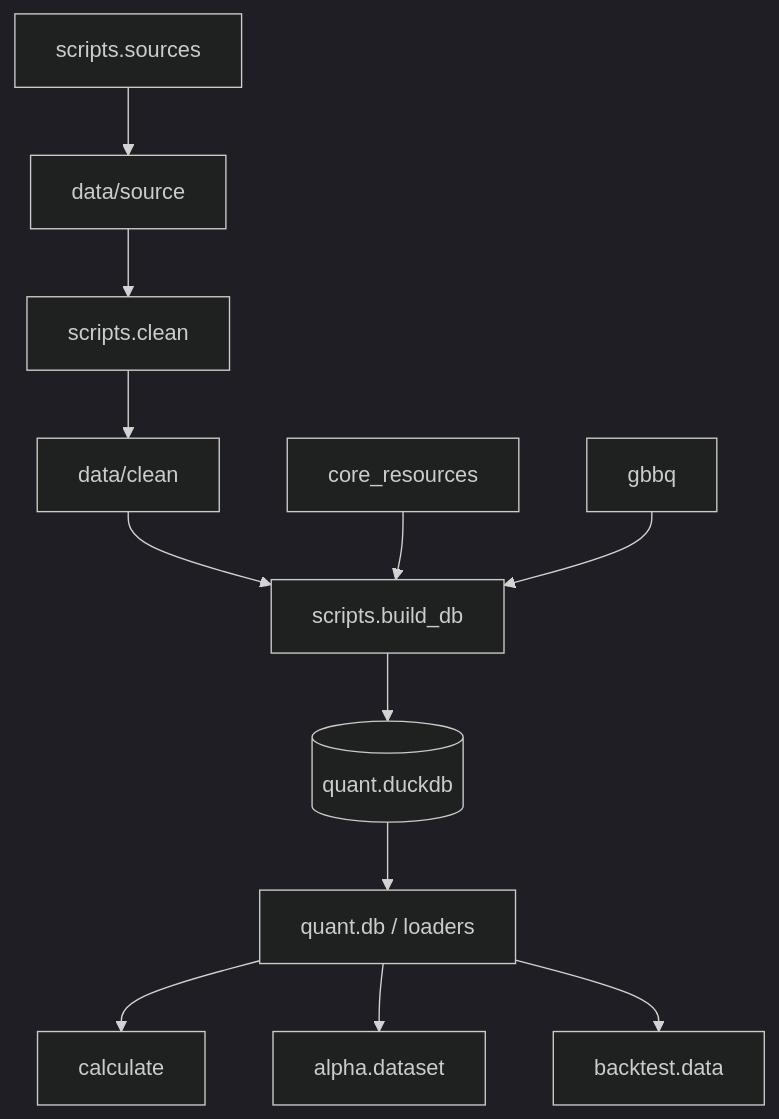
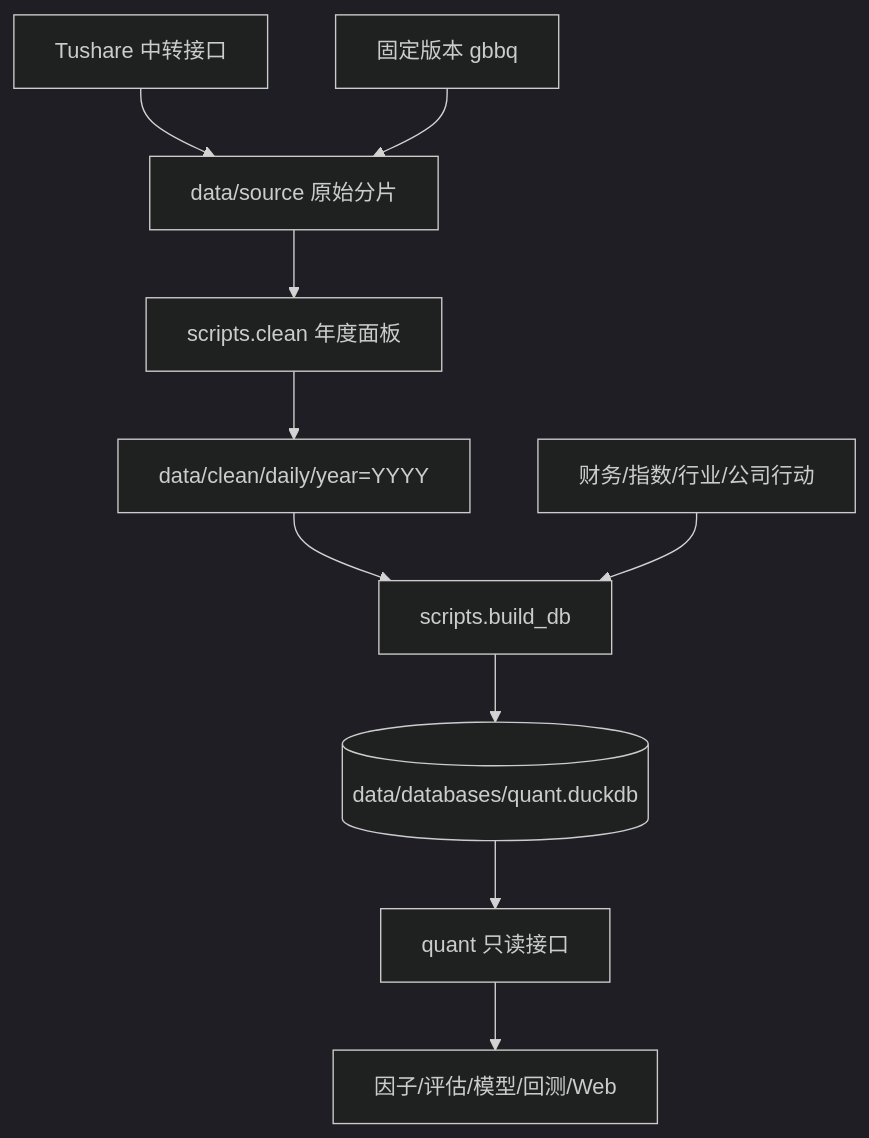
Before and after one commit to rowerman/quant-all: the diagram in docs/project-guide/01-foundation-and-data.md, drawn with Mermaid (dark theme). The commit also changed other lines of this file and 10 other files, not shown here.

````diff
--- a/docs/project-guide/01-foundation-and-data.md
+++ b/docs/project-guide/01-foundation-and-data.md
@@ -212,14 +51,12 @@
 ```mermaid
 flowchart TD
-  FETCH[scripts.sources] --> RAW[data/source]
-  RAW --> CLEAN[scripts.clean]
-  CLEAN --> CLEANPQ[data/clean]
-  CLEANPQ --> BUILD[scripts.build_db]
-  CORE[core_resources] --> BUILD
-  GBBQ[gbbq] --> BUILD
-  BUILD --> DB[(quant.duckdb)]
-  DB --> QUANT[quant.db / loaders]
-  QUANT --> EVAL[calculate]
-  QUANT --> ALPHA[alpha.dataset]
-  QUANT --> BT[backtest.data]
+  API[Tushare 中转接口] --> SRC[data/source 原始分片]
+  GBBQ[固定版本 gbbq] --> SRC
+  SRC --> CLEAN[scripts.clean 年度面板]
+  CLEAN --> PQ[data/clean/daily/year=YYYY]
+  PQ --> BUILD[scripts.build_db]
+  AUX[财务/指数/行业/公司行动] --> BUILD
+  BUILD --> DB[(data/databases/quant.duckdb)]
+  DB --> QUANT[quant 只读接口]
+  QUANT --> DOWN[因子/评估/模型/回测/Web]
 ```
````
